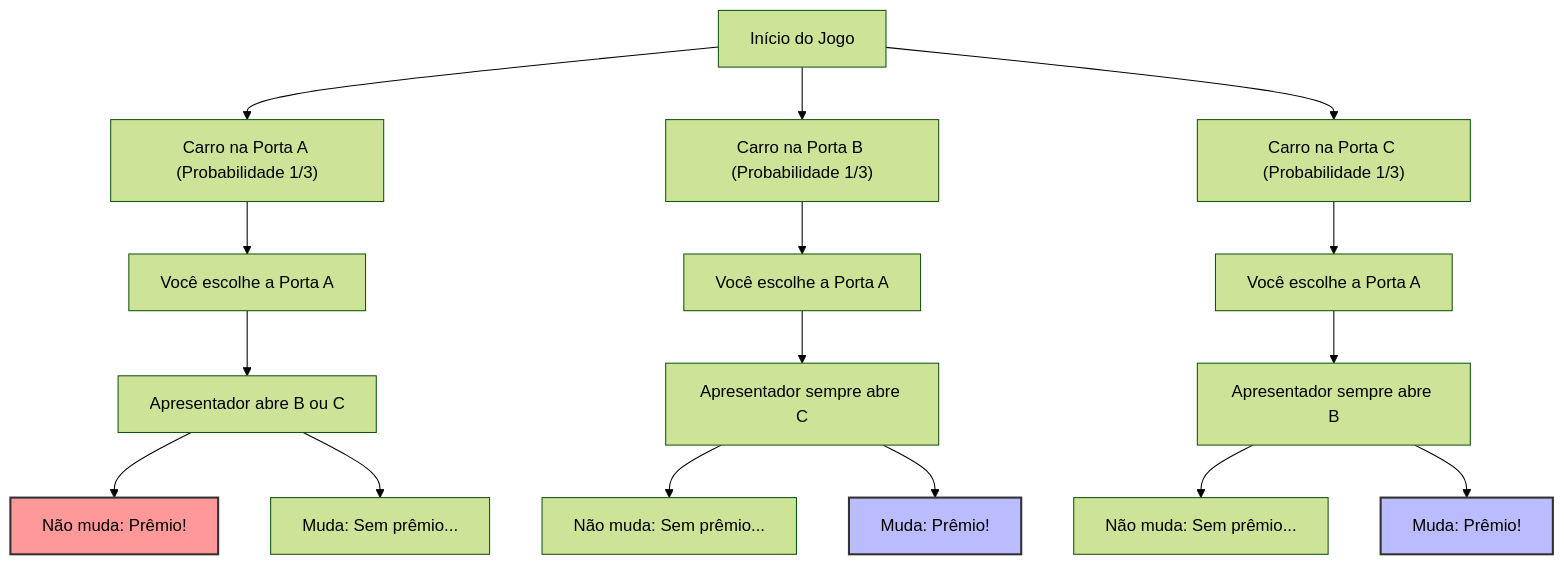
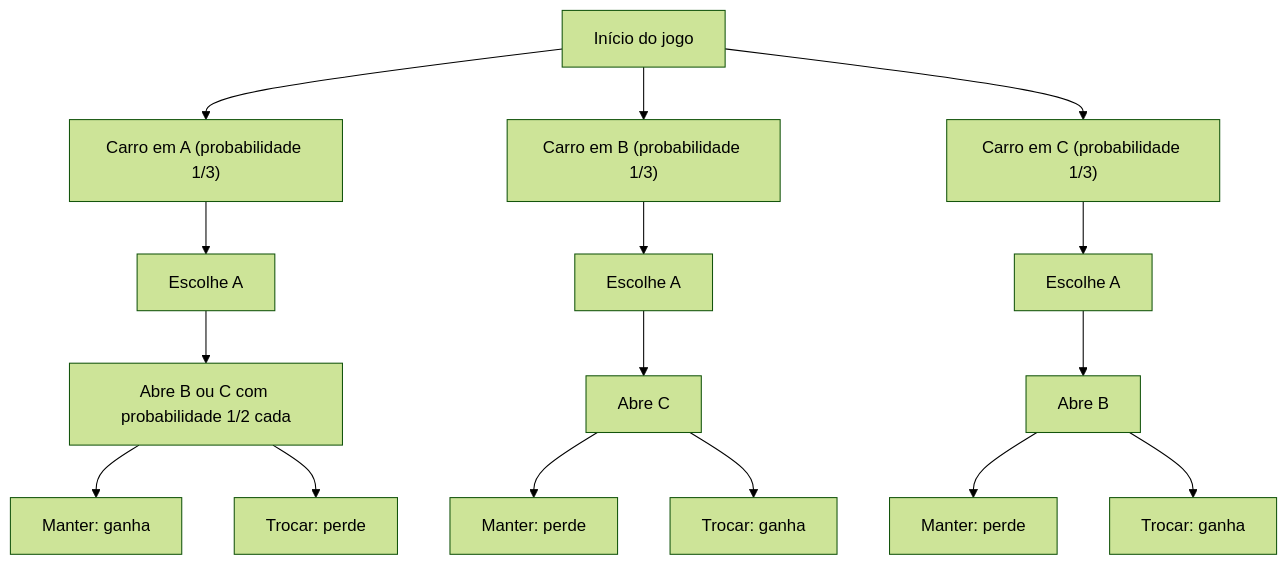
Before and after one commit to kenjinote/blog: the first of 2 diagrams in content/post/モンティ・ホール問題/index.pt.md, drawn with Mermaid (forest theme). The commit also changed other lines of this file and 8 other files, not shown here.

````diff
--- a/content/post/モンティ・ホール問題/index.pt.md
+++ b/content/post/モンティ・ホール問題/index.pt.md
@@ -44,27 +52,18 @@
 ```mermaid
 graph TD
-    Start["Início do Jogo"] --> CarA["Carro na Porta A (Probabilidade 1/3)"]
-    Start --> CarB["Carro na Porta B (Probabilidade 1/3)"]
-    Start --> CarC["Carro na Porta C (Probabilidade 1/3)"]
-
-    CarA --> PickA1["Você escolhe a Porta A"]
-    CarB --> PickA2["Você escolhe a Porta A"]
-    CarC --> PickA3["Você escolhe a Porta A"]
-
-    PickA1 --> HostB_or_C["Apresentador abre B ou C"]
-    PickA2 --> HostC["Apresentador sempre abre C"]
-    PickA3 --> HostB["Apresentador sempre abre B"]
-
-    HostB_or_C --> Stay1["Não muda: Prêmio!"]
-    HostB_or_C --> Switch1["Muda: Sem prêmio..."]
-
-    HostC --> Stay2["Não muda: Sem prêmio..."]
-    HostC --> Switch2["Muda: Prêmio!"]
-
-    HostB --> Stay3["Não muda: Sem prêmio..."]
-    HostB --> Switch3["Muda: Prêmio!"]
-
-    style Switch2 fill:#bbf,stroke:#333,stroke-width:2px
-    style Switch3 fill:#bbf,stroke:#333,stroke-width:2px
-    style Stay1 fill:#f99,stroke:#333,stroke-width:2px
+    Start["Início do jogo"] --> CarA["Carro em A (probabilidade 1/3)"]
+    Start --> CarB["Carro em B (probabilidade 1/3)"]
+    Start --> CarC["Carro em C (probabilidade 1/3)"]
+    CarA --> PickA1["Escolhe A"]
+    CarB --> PickA2["Escolhe A"]
+    CarC --> PickA3["Escolhe A"]
+    PickA1 --> HostB_or_C["Abre B ou C com probabilidade 1/2 cada"]
+    PickA2 --> HostC["Abre C"]
+    PickA3 --> HostB["Abre B"]
+    HostB_or_C --> Stay1["Manter: ganha"]
+    HostB_or_C --> Switch1["Trocar: perde"]
+    HostC --> Stay2["Manter: perde"]
+    HostC --> Switch2["Trocar: ganha"]
+    HostB --> Stay3["Manter: perde"]
+    HostB --> Switch3["Trocar: ganha"]
 ```
````
